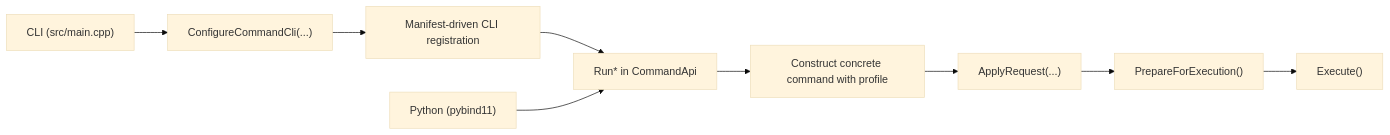
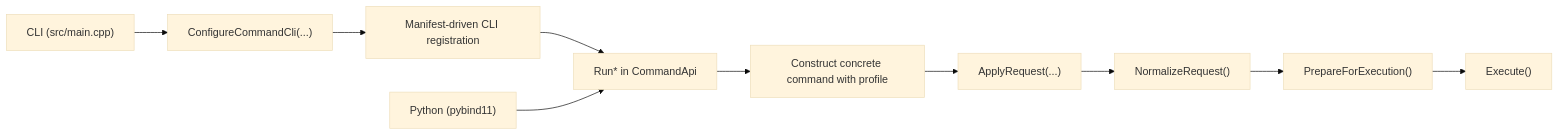
One commit to yslianTim/rhbm_gem changed the diagram in docs/developer/architecture/command-architecture.md. Above: the diagram before and after it, drawn with Mermaid (base theme). The commit also changed other lines of this file and 38 other files, not shown here.

````diff
--- a/docs/developer/architecture/command-architecture.md
+++ b/docs/developer/architecture/command-architecture.md
@@ -50,13 +55,14 @@
 ```mermaid
 flowchart LR
     A["CLI (src/main.cpp)"] --> B["ConfigureCommandCli(...)"]
     B --> C["Manifest-driven CLI registration"]
     C --> D["Run* in CommandApi"]
 
     E["Python (pybind11)"] --> D
 
-    D --> G["Construct concrete command with profile"]
-    G --> H["ApplyRequest(...)"]
+    D --> F["Construct concrete command with profile"]
+    F --> G["ApplyRequest(...)"]
+    G --> H["NormalizeRequest()"]
     H --> I["PrepareForExecution()"]
     I --> J["Execute()"]
 ```
````
